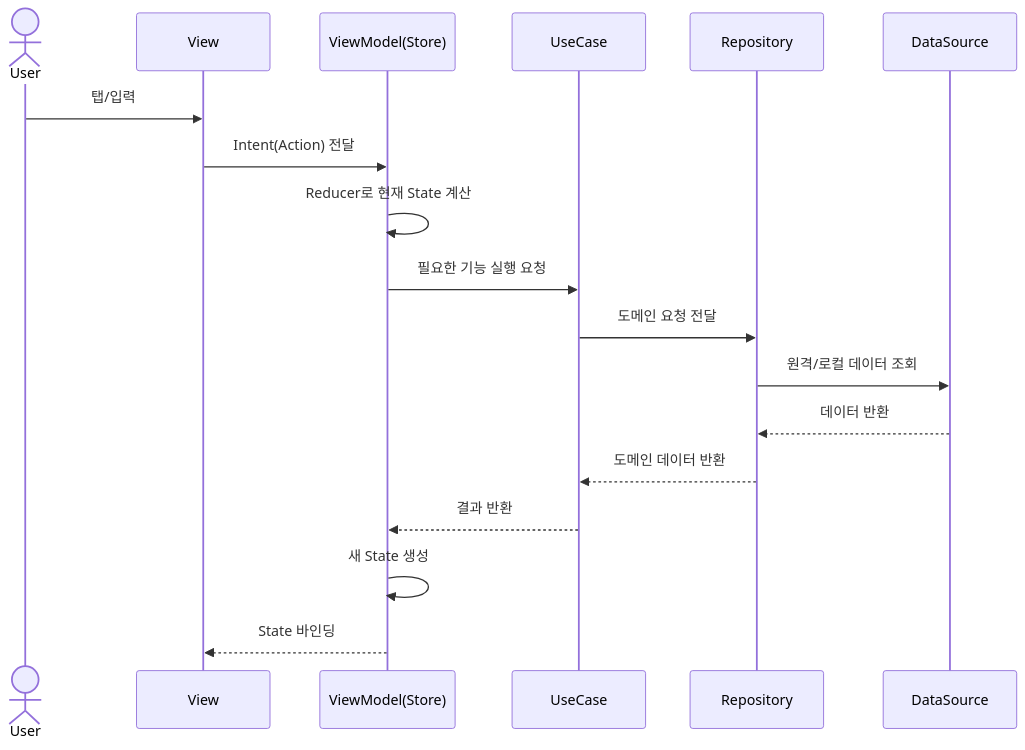
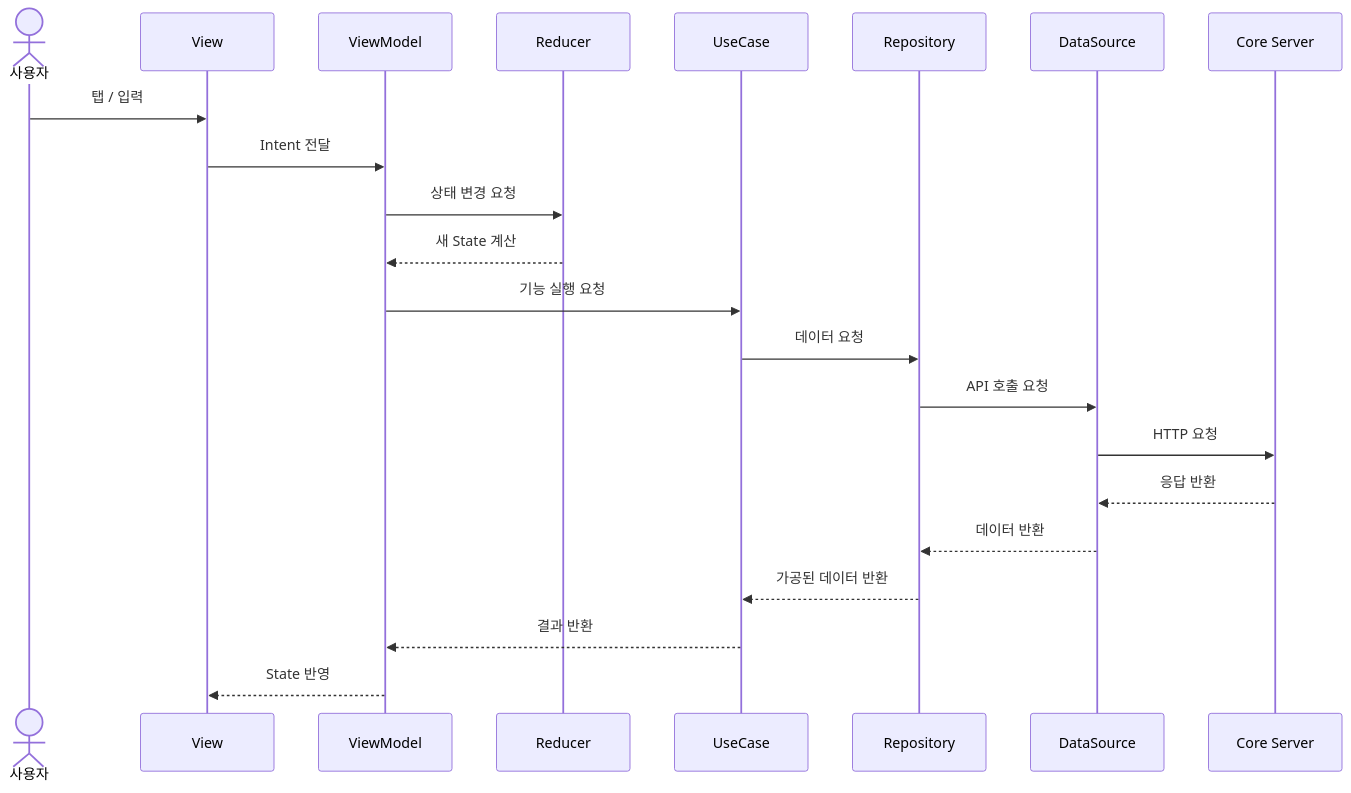
One commit to HwangSeokBeom/GamePediaDocs changed the third of 3 diagrams in docs/03-client-ios/ios-architecture.md. Above: the diagram before and after it, drawn with Mermaid. The commit also changed other lines of this file and 8 other files, not shown here.

Commit message:
Update architecture docs and add branch strategy

````diff
--- a/docs/03-client-ios/ios-architecture.md
+++ b/docs/03-client-ios/ios-architecture.md
@@ -76,21 +95,25 @@
 ```mermaid
 sequenceDiagram
-    actor User
+    actor User as 사용자
     participant View as View
-    participant VM as ViewModel(Store)
+    participant VM as ViewModel
+    participant Reducer as Reducer
     participant UC as UseCase
     participant Repo as Repository
     participant DS as DataSource
+    participant Core as Core Server
 
-    User->>View: 탭/입력
-    View->>VM: Intent(Action) 전달
-    VM->>VM: Reducer로 현재 State 계산
-    VM->>UC: 필요한 기능 실행 요청
-    UC->>Repo: 도메인 요청 전달
-    Repo->>DS: 원격/로컬 데이터 조회
+    User->>View: 탭 / 입력
+    View->>VM: Intent 전달
+    VM->>Reducer: 상태 변경 요청
+    Reducer-->>VM: 새 State 계산
+    VM->>UC: 기능 실행 요청
+    UC->>Repo: 데이터 요청
+    Repo->>DS: API 호출 요청
+    DS->>Core: HTTP 요청
+    Core-->>DS: 응답 반환
     DS-->>Repo: 데이터 반환
-    Repo-->>UC: 도메인 데이터 반환
+    Repo-->>UC: 가공된 데이터 반환
     UC-->>VM: 결과 반환
-    VM->>VM: 새 State 생성
-    VM-->>View: State 바인딩
+    VM-->>View: State 반영
 ```
````
